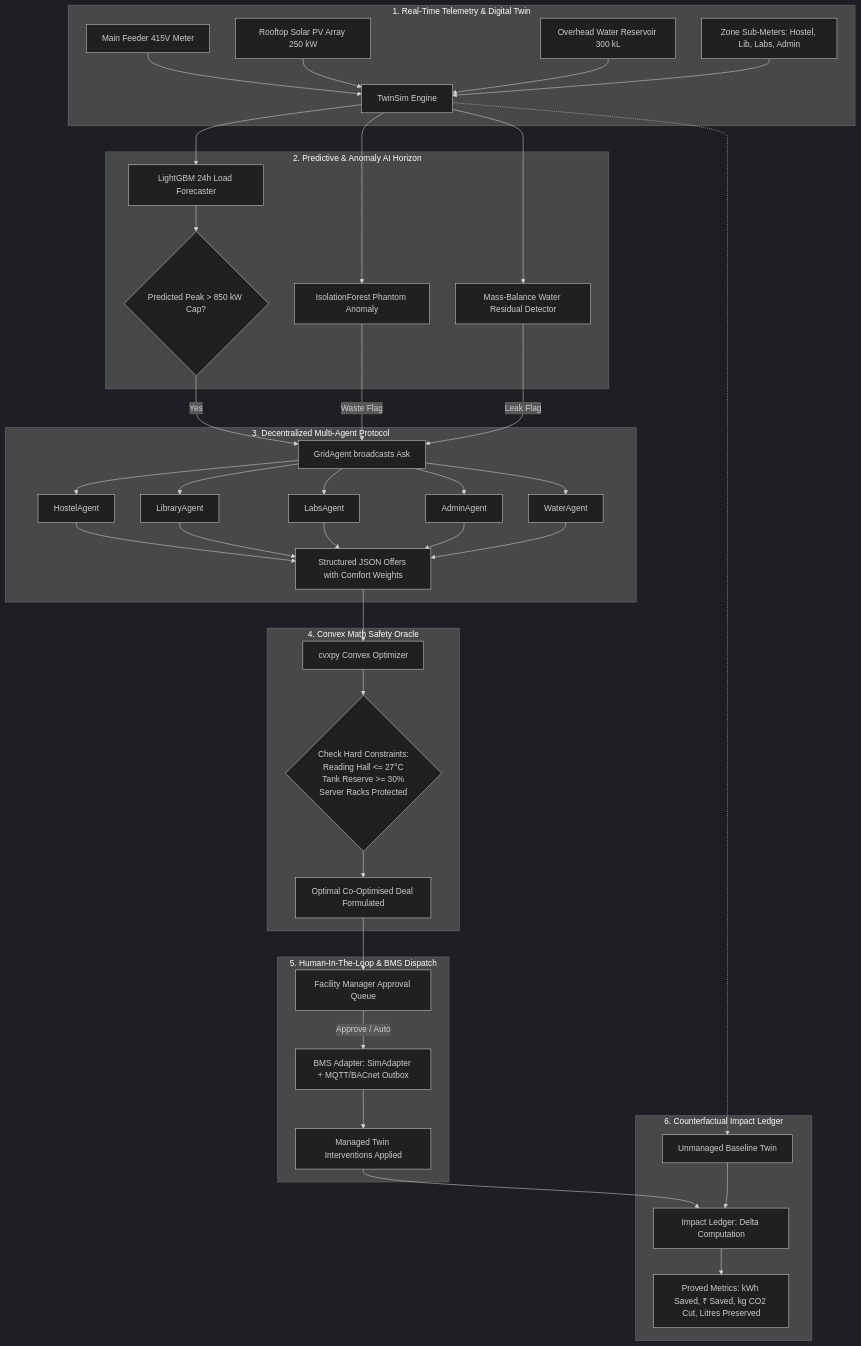
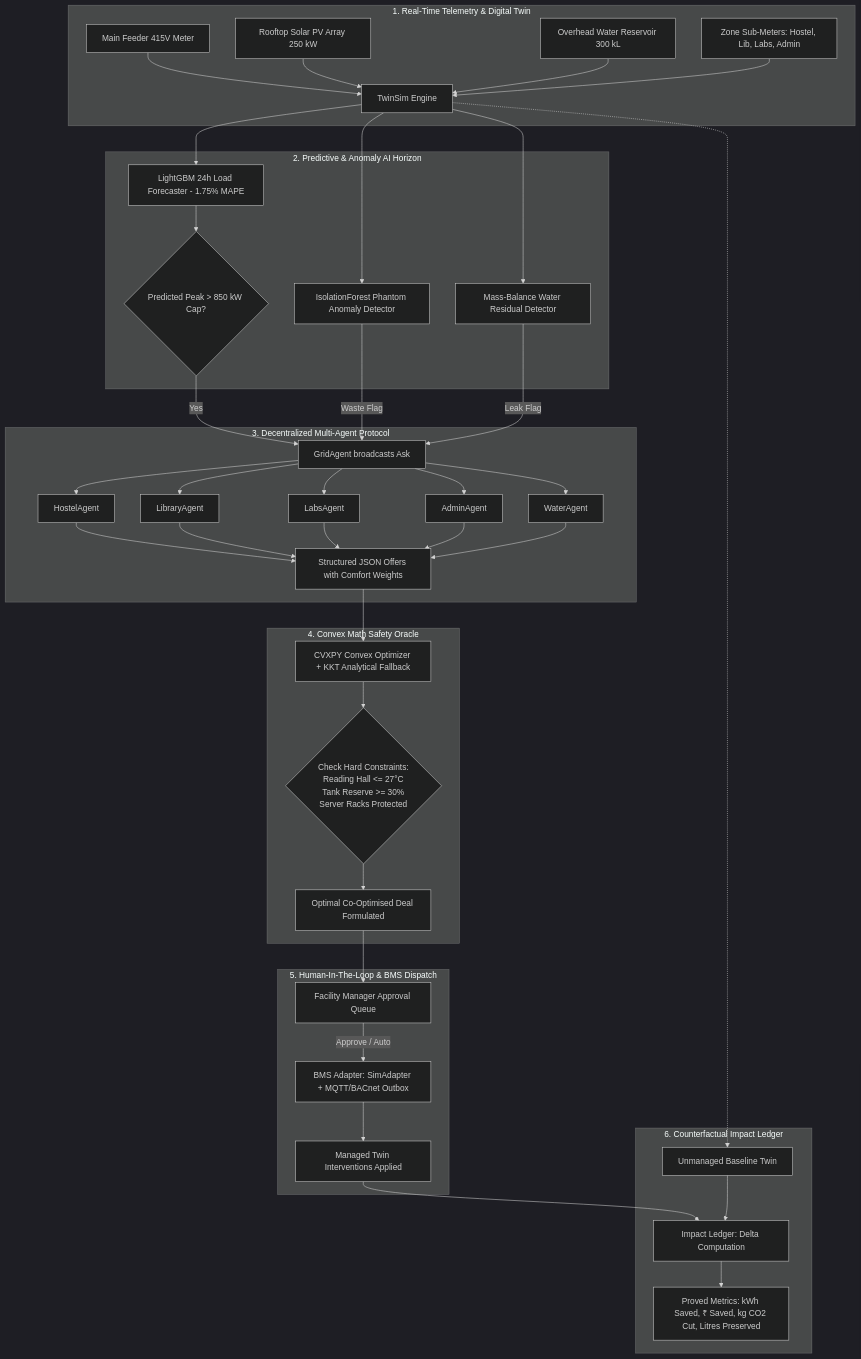
Before and after one commit to prathamtagad/kaushal-hackathon-8.0: the diagram in README.md, drawn with Mermaid (dark theme). The commit also changed other lines of this file and 18 other files, not shown here.

Commit message:
feat: initialize Bachat digital twin backend and frontend architecture

````diff
--- a/README.md
+++ b/README.md
@@ -28,47 +28,47 @@
 ```mermaid
 flowchart TD
     subgraph Sensors ["1. Real-Time Telemetry & Digital Twin"]
         A1[Main Feeder 415V Meter] --> TWIN[TwinSim Engine]
         A2[Rooftop Solar PV Array 250 kW] --> TWIN
         A3[Overhead Water Reservoir 300 kL] --> TWIN
         A4[Zone Sub-Meters: Hostel, Lib, Labs, Admin] --> TWIN
     end
 
     subgraph Intelligence ["2. Predictive & Anomaly AI Horizon"]
-        TWIN --> LGBM[LightGBM 24h Load Forecaster]
-        TWIN --> ISO[IsolationForest Phantom Anomaly]
+        TWIN --> LGBM[LightGBM 24h Load Forecaster - 1.75% MAPE]
+        TWIN --> ISO[IsolationForest Phantom Anomaly Detector]
         TWIN --> HYD[Mass-Balance Water Residual Detector]
         LGBM --> PEAK{Predicted Peak > 850 kW Cap?}
     end
 
     subgraph Negotiation ["3. Decentralized Multi-Agent Protocol"]
         PEAK -- Yes --> GRID[GridAgent broadcasts Ask]
         ISO -- Waste Flag --> GRID
         HYD -- Leak Flag --> GRID
         GRID --> Z1[HostelAgent]
         GRID --> Z2[LibraryAgent]
         GRID --> Z3[LabsAgent]
         GRID --> Z4[AdminAgent]
         GRID --> Z5[WaterAgent]
         Z1 & Z2 & Z3 & Z4 & Z5 --> OFFERS[Structured JSON Offers with Comfort Weights]
     end
 
     subgraph Verification ["4. Convex Math Safety Oracle"]
-        OFFERS --> SOLVER[cvxpy Convex Optimizer]
+        OFFERS --> SOLVER[CVXPY Convex Optimizer + KKT Analytical Fallback]
         SOLVER --> CONSTR{Check Hard Constraints:\nReading Hall <= 27°C\nTank Reserve >= 30%\nServer Racks Protected}
         CONSTR --> ALLOC[Optimal Co-Optimised Deal Formulated]
     end
 
     subgraph Execution ["5. Human-In-The-Loop & BMS Dispatch"]
         ALLOC --> HITL[Facility Manager Approval Queue]
         HITL -- Approve / Auto --> BMS[BMS Adapter: SimAdapter + MQTT/BACnet Outbox]
         BMS --> M_TWIN[Managed Twin Interventions Applied]
     end
 
     subgraph Counterfactual ["6. Counterfactual Impact Ledger"]
         TWIN -.-> BASELINE[Unmanaged Baseline Twin]
         M_TWIN --> LEDGER[Impact Ledger: Delta Computation]
         BASELINE --> LEDGER
         LEDGER --> KPI[Proved Metrics: kWh Saved, ₹ Saved, kg CO2 Cut, Litres Preserved]
     end
 ```
````
